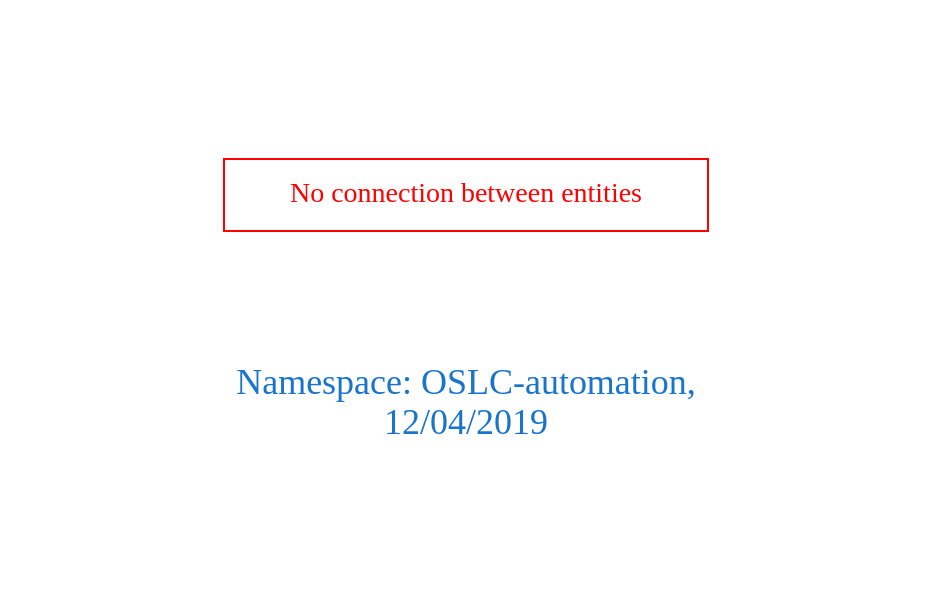
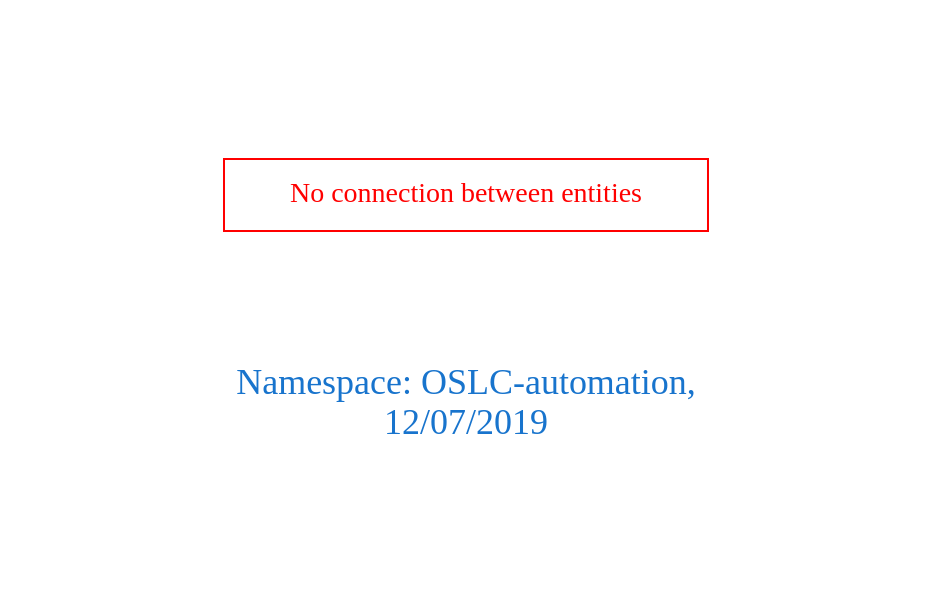
The diagram in downloads/OSLC-automation.dot (arago/OGIT), drawn with Graphviz before and after one commit. The commit also changed 1662 other files, not shown here.

```diff
--- a/downloads/OSLC-automation.dot
+++ b/downloads/OSLC-automation.dot
@@ -1,9 +1,9 @@
 digraph OGIT_ontology {
  graph [ rankdir= LR,pad=1 
 fontsize = 18,
-fontcolor= dodgerblue3,label = "\n\n\nNamespace: OSLC-automation, \n 12/04/2019"];
+fontcolor= dodgerblue3,label = "\n\n\nNamespace: OSLC-automation, \n 12/07/2019"];
 node[shape=polygon];
 edge [  color="gray81"];
 
 "No connection between entities" [fontcolor = "red",color="red", shape="polygon"]
 }
```
